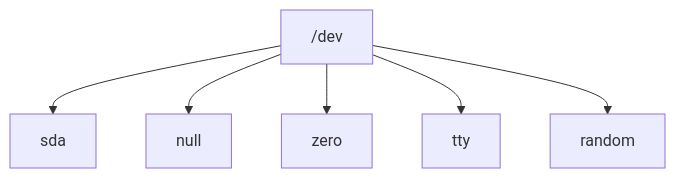
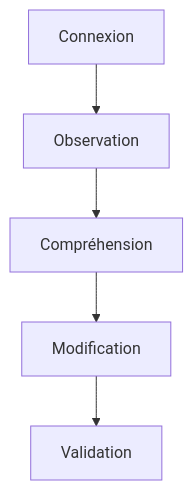
One commit to tdelaclos/formations changed the fourth of 7 diagrams in campagne 1/1.4.md. Above: the diagram before and after it, drawn with Mermaid. The commit also changed other lines of this file, not shown here.

````diff
--- a/campagne 1/1.4.md
+++ b/campagne 1/1.4.md
@@ -484,15 +410,18 @@
 ```mermaid
 flowchart TD
 
-DEV["/dev"]
+A["Connexion"]
 
-DEV --> SDA["sda"]
+B["Observation"]
 
-DEV --> NULL["null"]
+C["Compréhension"]
 
-DEV --> ZERO["zero"]
+D["Modification"]
 
-DEV --> TTY["tty"]
+E["Validation"]
 
-DEV --> RANDOM["random"]
+A --> B
+B --> C
+C --> D
+D --> E
 ```
````
